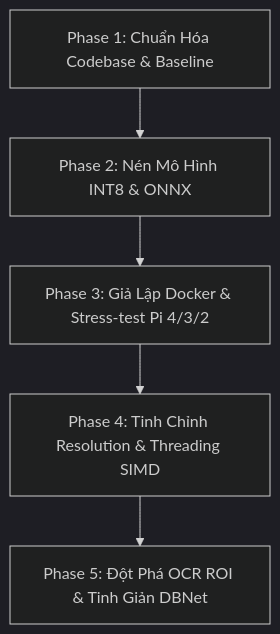
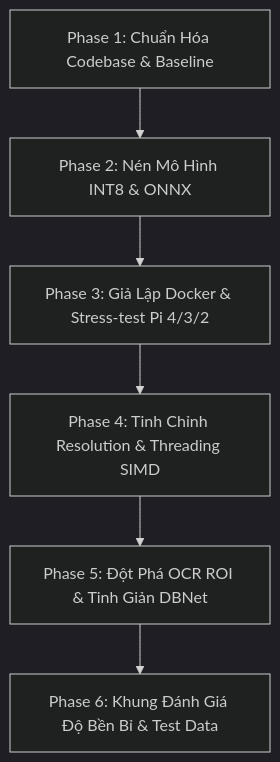
The diagram in research/doc/README.md (khanhleFS/SecuriyGate), drawn with Mermaid (dark theme) before and after one commit. The commit also changed other lines of this file and 2 other files, not shown here.

Commit message:
[RESEARCH] init phase 6

````diff
--- a/research/doc/README.md
+++ b/research/doc/README.md
@@ -9,7 +9,8 @@
 ```mermaid
 graph TD
     P1[Phase 1: Chuẩn Hóa Codebase & Baseline] --> P2[Phase 2: Nén Mô Hình INT8 & ONNX]
     P2 --> P3[Phase 3: Giả Lập Docker & Stress-test Pi 4/3/2]
     P3 --> P4[Phase 4: Tinh Chỉnh Resolution & Threading SIMD]
     P4 --> P5[Phase 5: Đột Phá OCR ROI & Tinh Giản DBNet]
+    P5 --> P6[Phase 6: Khung Đánh Giá Độ Bền Bỉ & Test Data]
 ```
````
